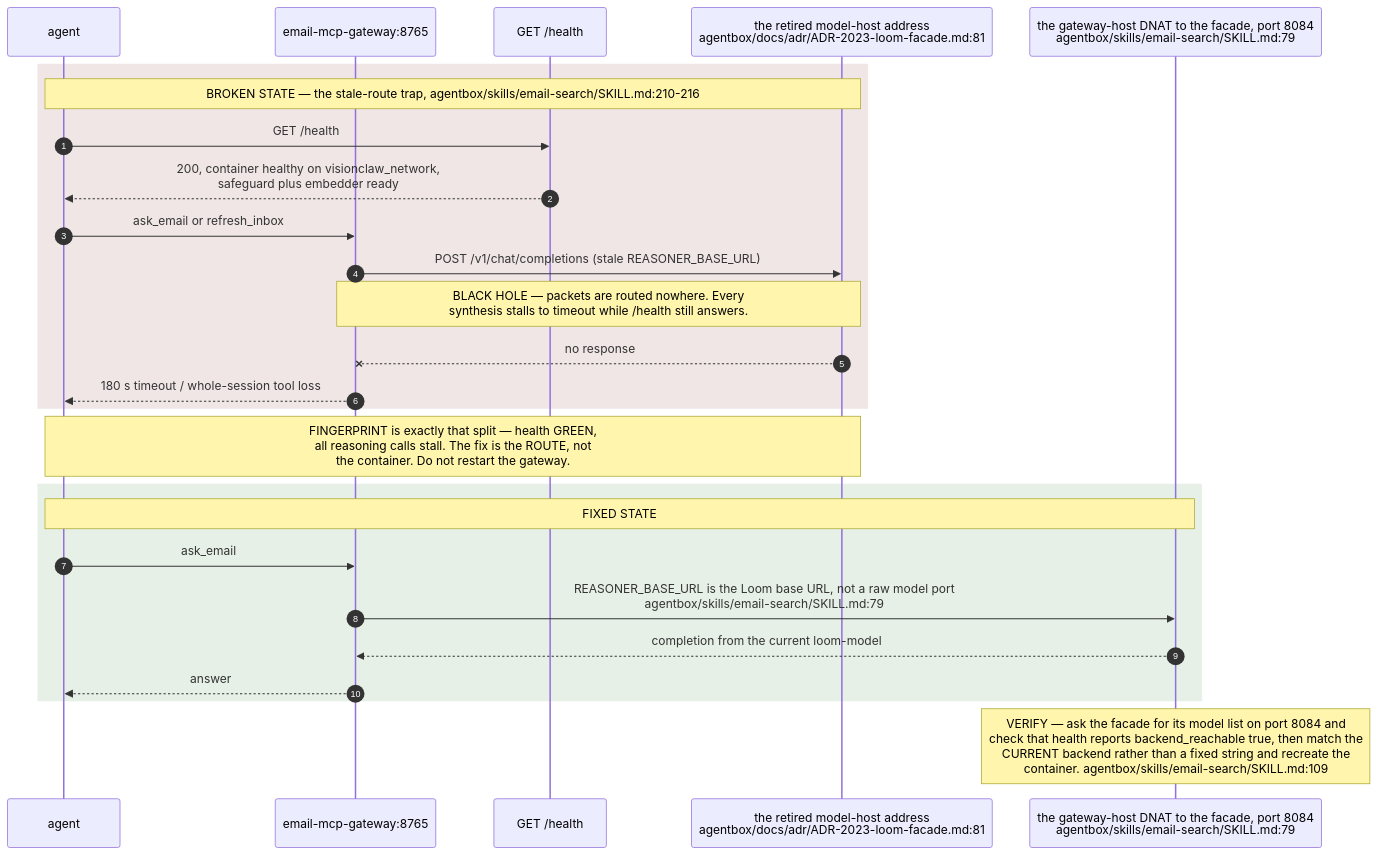
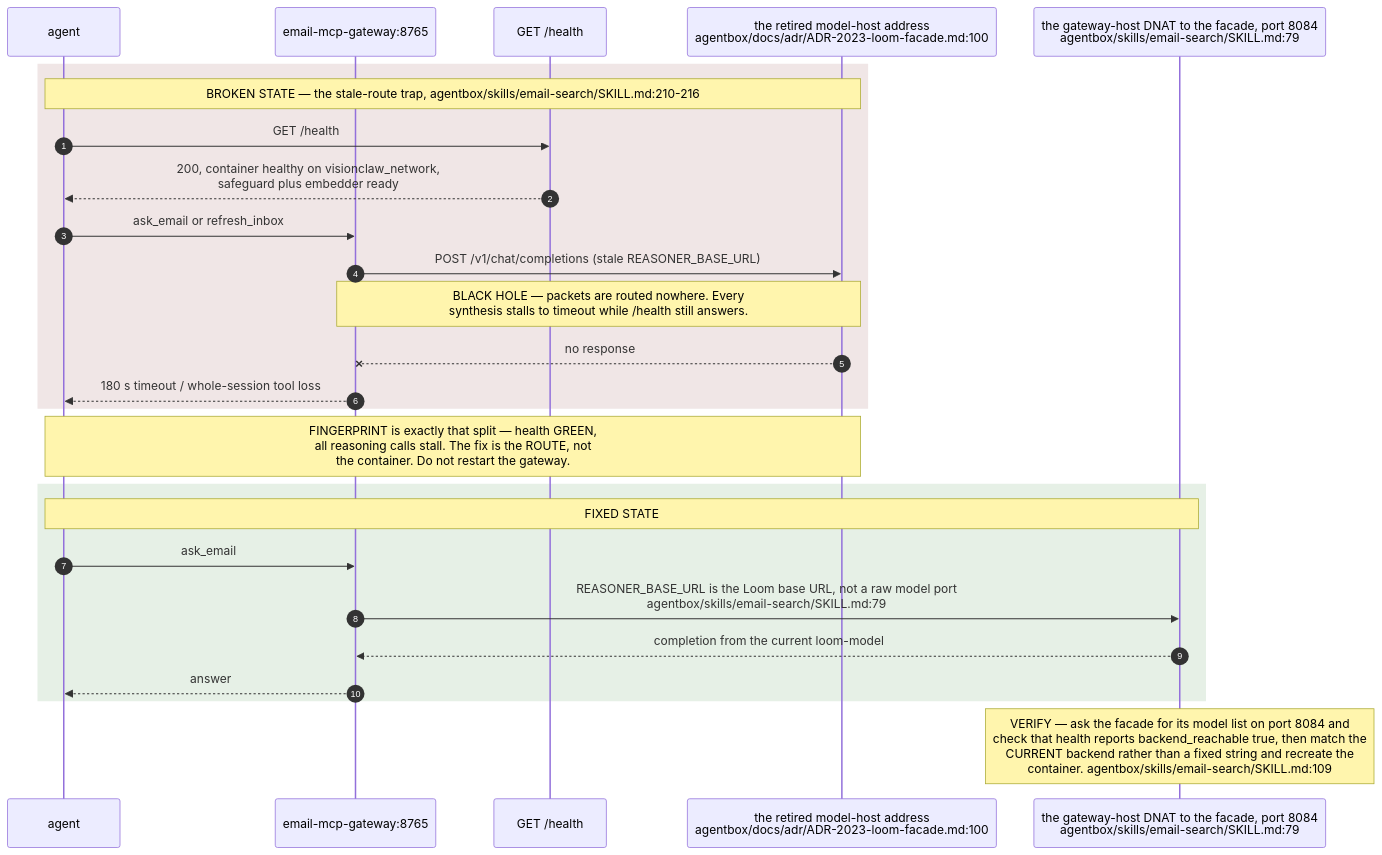
Before and after one commit to DreamLab-AI/VisionFlow: the seventh of 11 diagrams in docs/diagrams/estate/06-loom-and-email-privacy-path.md, drawn with Mermaid. The commit also changed other lines of this file and 6 other files, not shown here.

````diff
--- a/docs/diagrams/estate/06-loom-and-email-privacy-path.md
+++ b/docs/diagrams/estate/06-loom-and-email-privacy-path.md
@@ -244,29 +244,29 @@
 ```mermaid
 sequenceDiagram
     autonumber
     participant A as agent
     participant G as email-mcp-gateway:8765
     participant H as GET /health
-    participant DEAD as the retired model-host address<br/>agentbox/docs/adr/ADR-2023-loom-facade.md:81
+    participant DEAD as the retired model-host address<br/>agentbox/docs/adr/ADR-2023-loom-facade.md:100
     participant GOOD as the gateway-host DNAT to the facade, port 8084<br/>agentbox/skills/email-search/SKILL.md:79
 
     rect rgb(240,230,230)
     Note over A,DEAD: BROKEN STATE — the stale-route trap, agentbox/skills/email-search/SKILL.md:210-216
     A->>H: GET /health
     H-->>A: 200, container healthy on visionclaw_network,<br/>safeguard plus embedder ready
     A->>G: ask_email or refresh_inbox
     G->>DEAD: POST /v1/chat/completions (stale REASONER_BASE_URL)
     Note over G,DEAD: BLACK HOLE — packets are routed nowhere. Every<br/>synthesis stalls to timeout while /health still answers.
     DEAD--xG: no response
     G-->>A: 180 s timeout / whole-session tool loss
     end
     Note over A,DEAD: FINGERPRINT is exactly that split — health GREEN,<br/>all reasoning calls stall. The fix is the ROUTE, not<br/>the container. Do not restart the gateway.
     rect rgb(230,240,230)
     Note over A,GOOD: FIXED STATE
     A->>G: ask_email
     G->>GOOD: REASONER_BASE_URL is the Loom base URL, not a raw model port<br/>agentbox/skills/email-search/SKILL.md:79
     GOOD-->>G: completion from the current loom-model
     G-->>A: answer
     end
     Note over GOOD: VERIFY — ask the facade for its model list on port 8084 and<br/>check that health reports backend_reachable true, then match the<br/>CURRENT backend rather than a fixed string and recreate the<br/>container. agentbox/skills/email-search/SKILL.md:109
 ```
````
